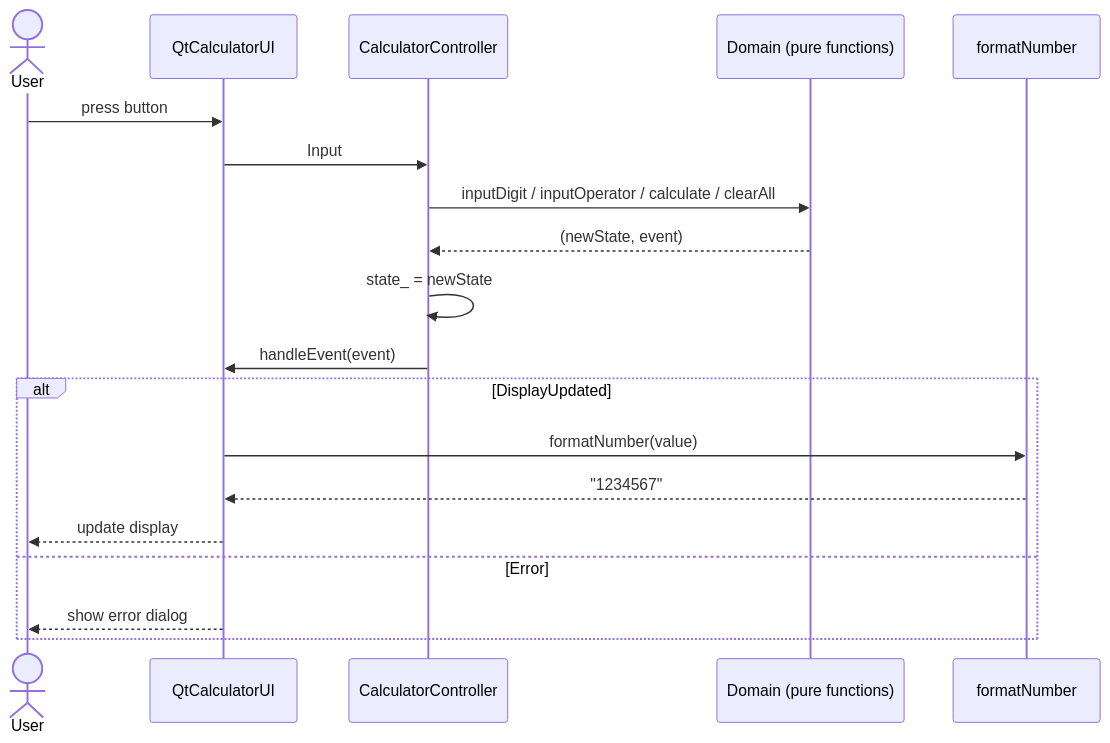
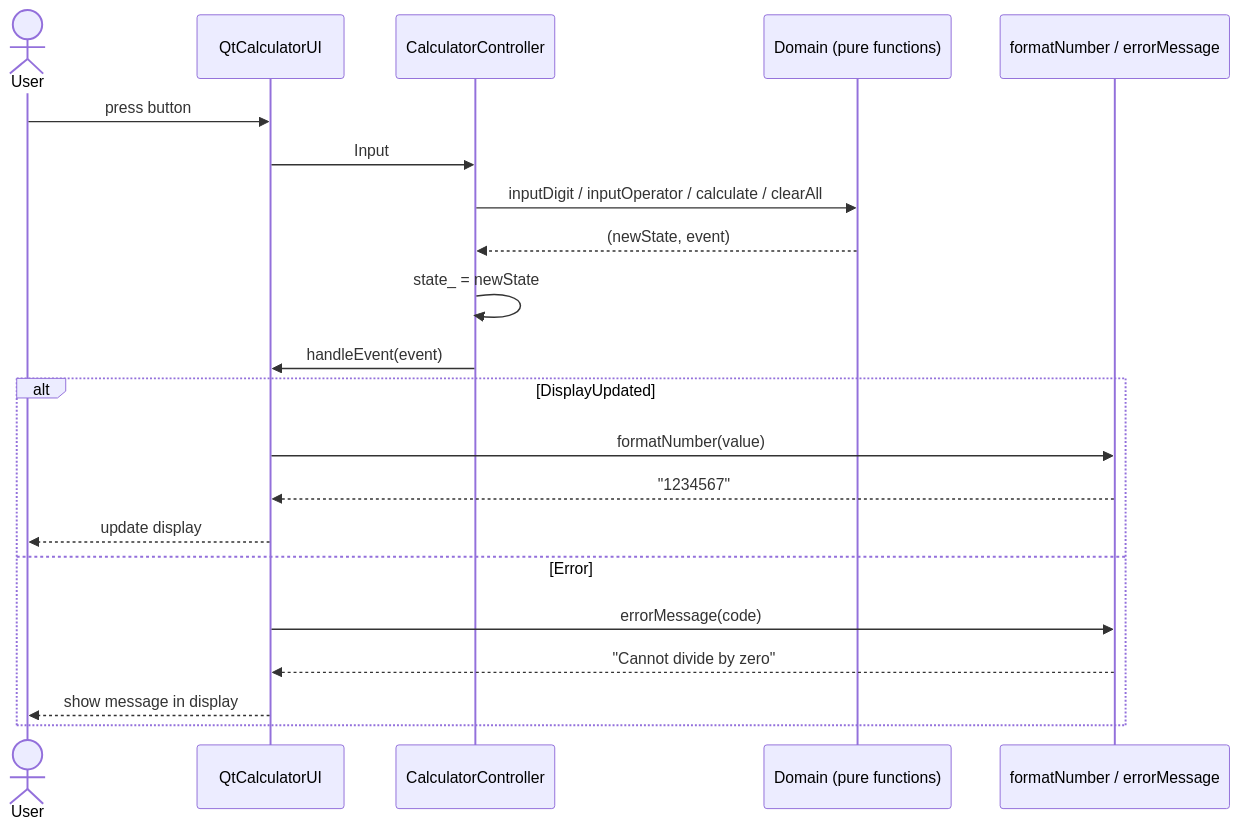
The third of 3 diagrams in README.md (KoichiKurita/CPPlang-Calculator), drawn with Mermaid before and after one commit. The commit also changed other lines of this file and 13 other files, not shown here.

Commit message:
refactor: 状態を型安全に再設計し、エラーを ErrorCode 化して表示欄に表示

````diff
--- a/README.md
+++ b/README.md
@@ -155,21 +181,23 @@
 ```mermaid
 sequenceDiagram
     actor User
     participant UI as QtCalculatorUI
     participant C as CalculatorController
     participant D as Domain (pure functions)
-    participant F as formatNumber
+    participant F as formatNumber / errorMessage
     User->>UI: press button
     UI->>C: Input
     C->>D: inputDigit / inputOperator / calculate / clearAll
     D-->>C: (newState, event)
     C->>C: state_ = newState
     C->>UI: handleEvent(event)
     alt DisplayUpdated
         UI->>F: formatNumber(value)
         F-->>UI: "1234567"
         UI-->>User: update display
     else Error
-        UI-->>User: show error dialog
+        UI->>F: errorMessage(code)
+        F-->>UI: "Cannot divide by zero"
+        UI-->>User: show message in display
     end
 ```
````
